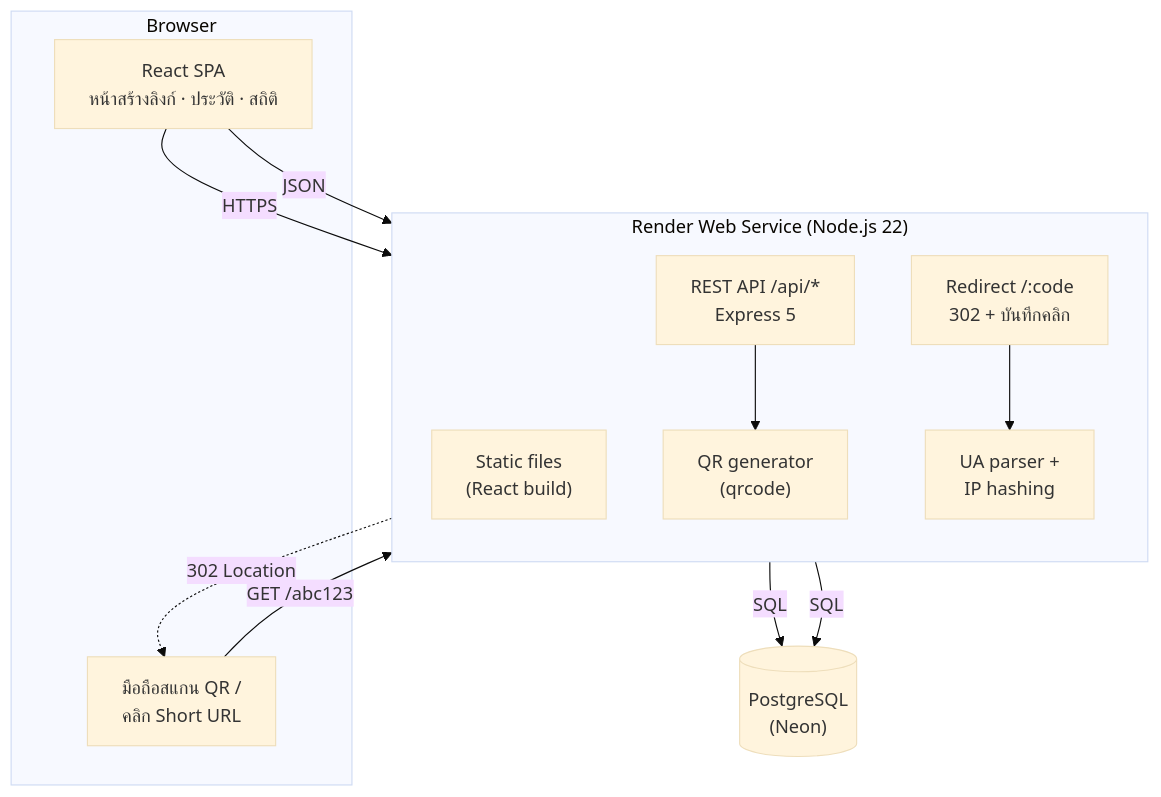
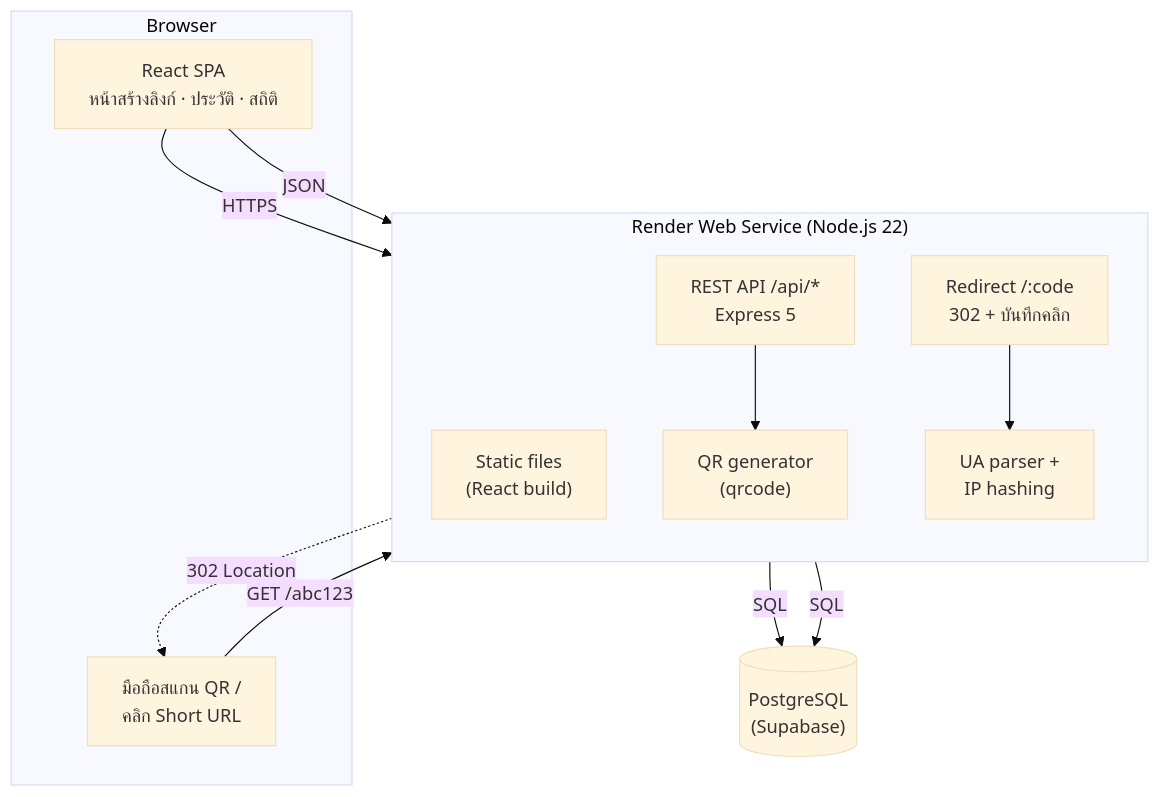
One commit to sixno2430/shorturl changed the third of 3 diagrams in README.md. Above: the diagram before and after it, drawn with Mermaid (base theme). The commit also changed other lines of this file and 1 other file, not shown here.

Commit message:
Add live demo URL and use Supabase

````diff
--- a/README.md
+++ b/README.md
@@ -231,27 +240,27 @@
 ```mermaid
 flowchart TB
     subgraph Client["Browser"]
         SPA["React SPA<br/>หน้าสร้างลิงก์ · ประวัติ · สถิติ"]
         Scan["มือถือสแกน QR /<br/>คลิก Short URL"]
     end
 
     subgraph Render["Render Web Service (Node.js 22)"]
         direction TB
         Static["Static files<br/>(React build)"]
         API["REST API /api/*<br/>Express 5"]
         Redirect["Redirect /:code<br/>302 + บันทึกคลิก"]
         QR["QR generator<br/>(qrcode)"]
         UA["UA parser +<br/>IP hashing"]
     end
 
-    DB[("PostgreSQL<br/>(Neon)")]
+    DB[("PostgreSQL<br/>(Supabase)")]
 
     SPA -- "HTTPS" --> Static
     SPA -- "JSON" --> API
     Scan -- "GET /abc123" --> Redirect
     API --> QR
     Redirect --> UA
     API -- "SQL" --> DB
     Redirect -- "SQL" --> DB
     Redirect -. "302 Location" .-> Scan
 ```
````
